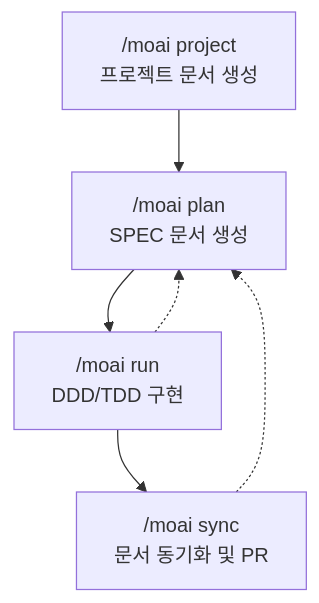
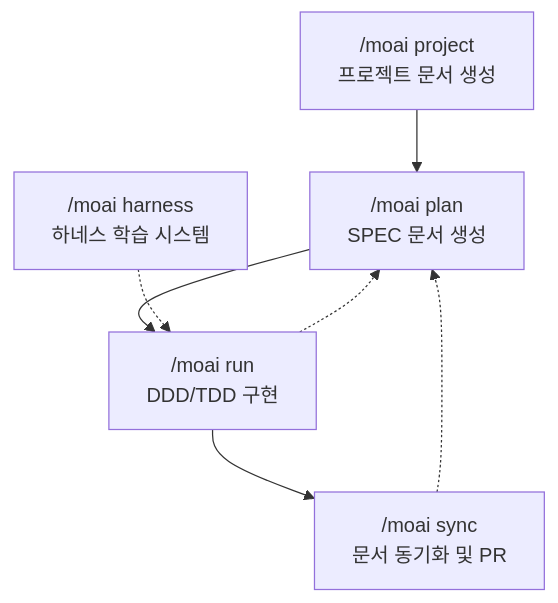
The diagram in docs-site/content/ko/workflow-commands/_index.md (modu-ai/moai-adk), drawn with Mermaid before and after one commit. The commit also changed other lines of this file and 52 other files, not shown here.

````diff
--- a/docs-site/content/ko/workflow-commands/_index.md
+++ b/docs-site/content/ko/workflow-commands/_index.md
@@ -13,8 +13,9 @@
 ```mermaid
 flowchart TD
     A["/moai project<br>프로젝트 문서 생성"] --> B["/moai plan<br>SPEC 문서 생성"]
     B --> D["/moai run<br>DDD/TDD 구현"]
     D --> E["/moai sync<br>문서 동기화 및 PR"]
     E -.-> B
     D -.-> B
+    F["/moai harness<br>하네스 학습 시스템"] -.-> D
 ```
````
